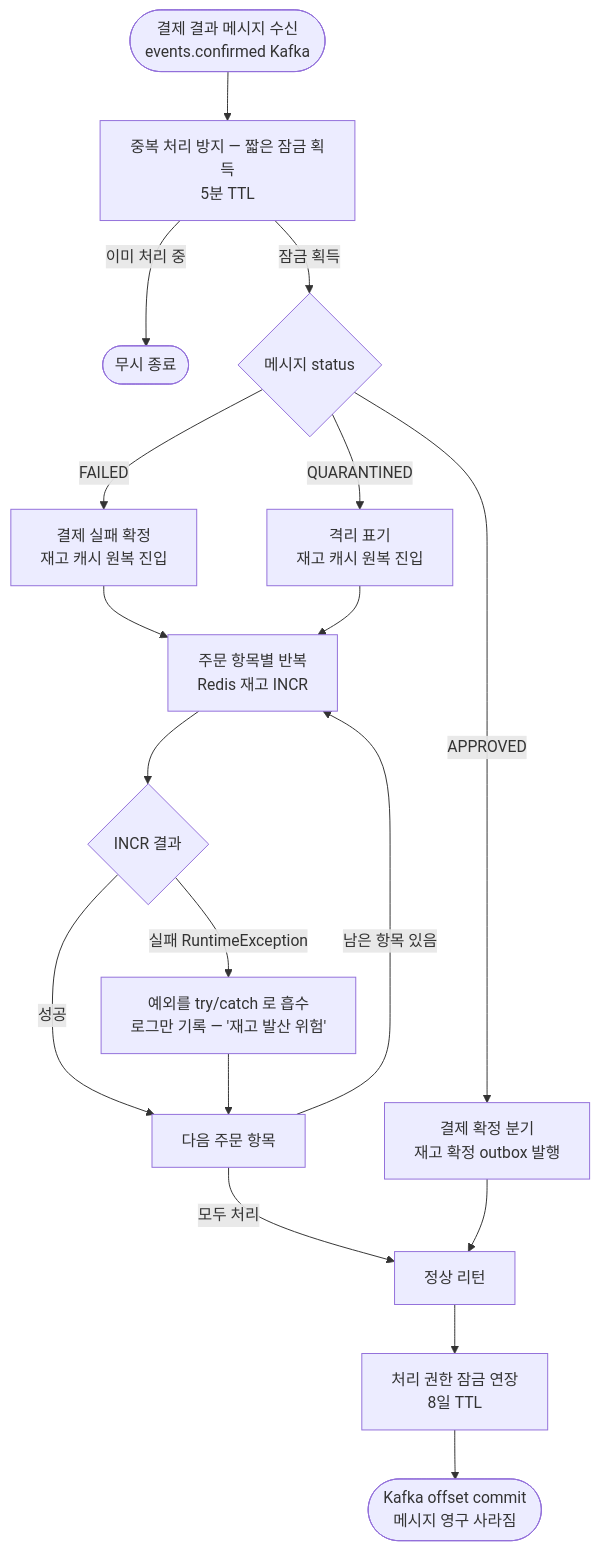
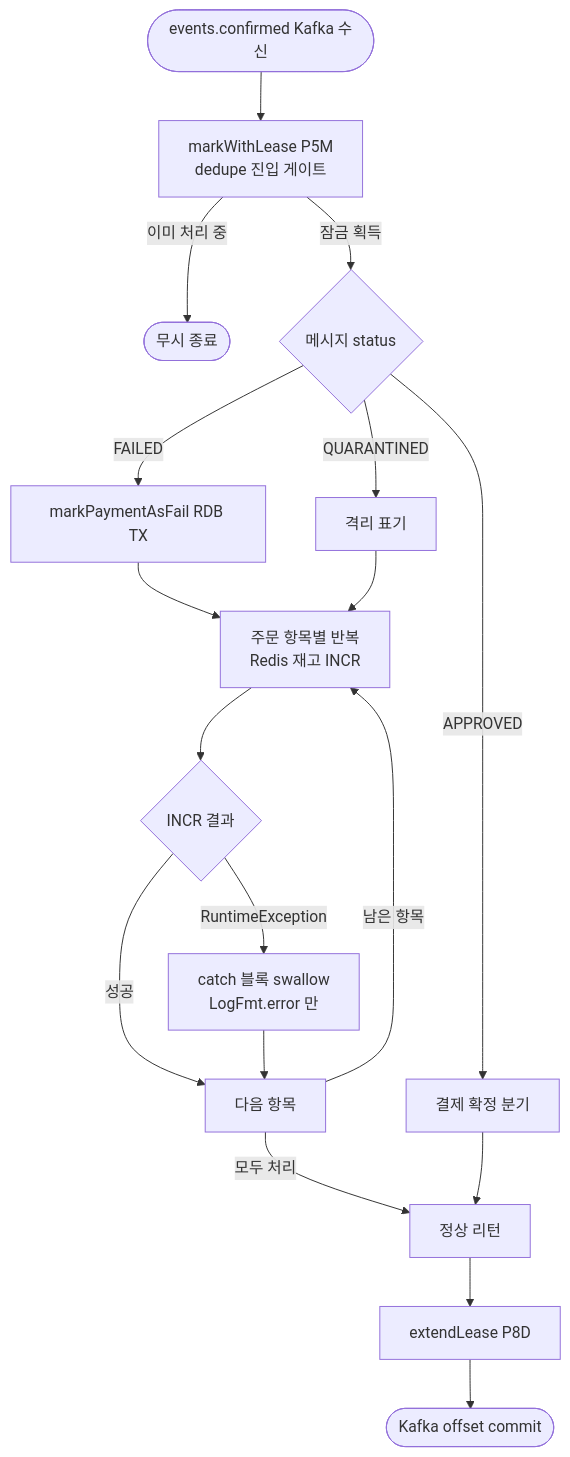
Before and after one commit to hyoguoo/payment-platform: the first of 5 diagrams in docs/topics/STOCK-COMPENSATION-RECOVERY.md, drawn with Mermaid. The commit also changed other lines of this file and 1 other file, not shown here.

Commit message:
docs(stock-compensation-recovery): Round 7 — Candidate D 폐기, Lua atomic + Kafka native + dedupe lease 제거 채택

````diff
--- a/docs/topics/STOCK-COMPENSATION-RECOVERY.md
+++ b/docs/topics/STOCK-COMPENSATION-RECOVERY.md
@@ -18,23 +22,23 @@
 ```mermaid
 flowchart TD
-    A([결제 결과 메시지 수신<br/>events.confirmed Kafka]) --> B[중복 처리 방지 — 짧은 잠금 획득<br/>5분 TTL]
+    A([events.confirmed Kafka 수신]) --> B[markWithLease P5M<br/>dedupe 진입 게이트]
     B -->|이미 처리 중| Z1([무시 종료])
     B -->|잠금 획득| C{메시지 status}
 
-    C -->|APPROVED| D1[결제 확정 분기<br/>재고 확정 outbox 발행]
-    C -->|FAILED| E1[결제 실패 확정<br/>재고 캐시 원복 진입]
-    C -->|QUARANTINED| F1[격리 표기<br/>재고 캐시 원복 진입]
+    C -->|APPROVED| D1[결제 확정 분기]
+    C -->|FAILED| E1[markPaymentAsFail RDB TX]
+    C -->|QUARANTINED| F1[격리 표기]
 
     E1 --> G[주문 항목별 반복<br/>Redis 재고 INCR]
     F1 --> G
     G --> H{INCR 결과}
-    H -->|성공| I[다음 주문 항목]
-    H -->|실패 RuntimeException| J["예외를 try/catch 로 흡수<br/>로그만 기록 — '재고 발산 위험'"]
+    H -->|성공| I[다음 항목]
+    H -->|RuntimeException| J["catch 블록 swallow<br/>LogFmt.error 만"]
     J --> I
-    I -->|남은 항목 있음| G
+    I -->|남은 항목| G
     I -->|모두 처리| K[정상 리턴]
 
     D1 --> K
-    K --> L[처리 권한 잠금 연장<br/>8일 TTL]
-    L --> M([Kafka offset commit<br/>메시지 영구 사라짐])
+    K --> L[extendLease P8D]
+    L --> M([Kafka offset commit])
 ```
````
